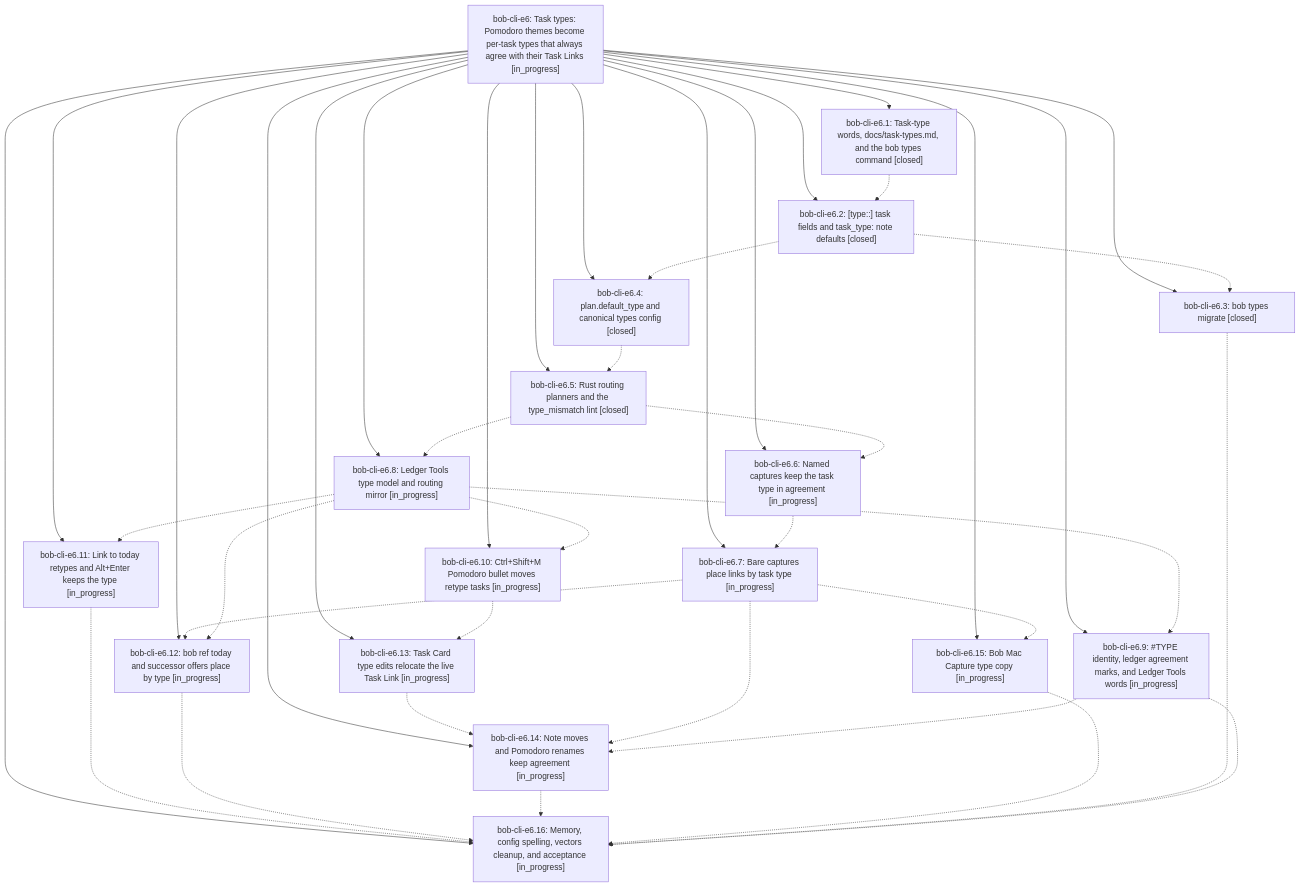
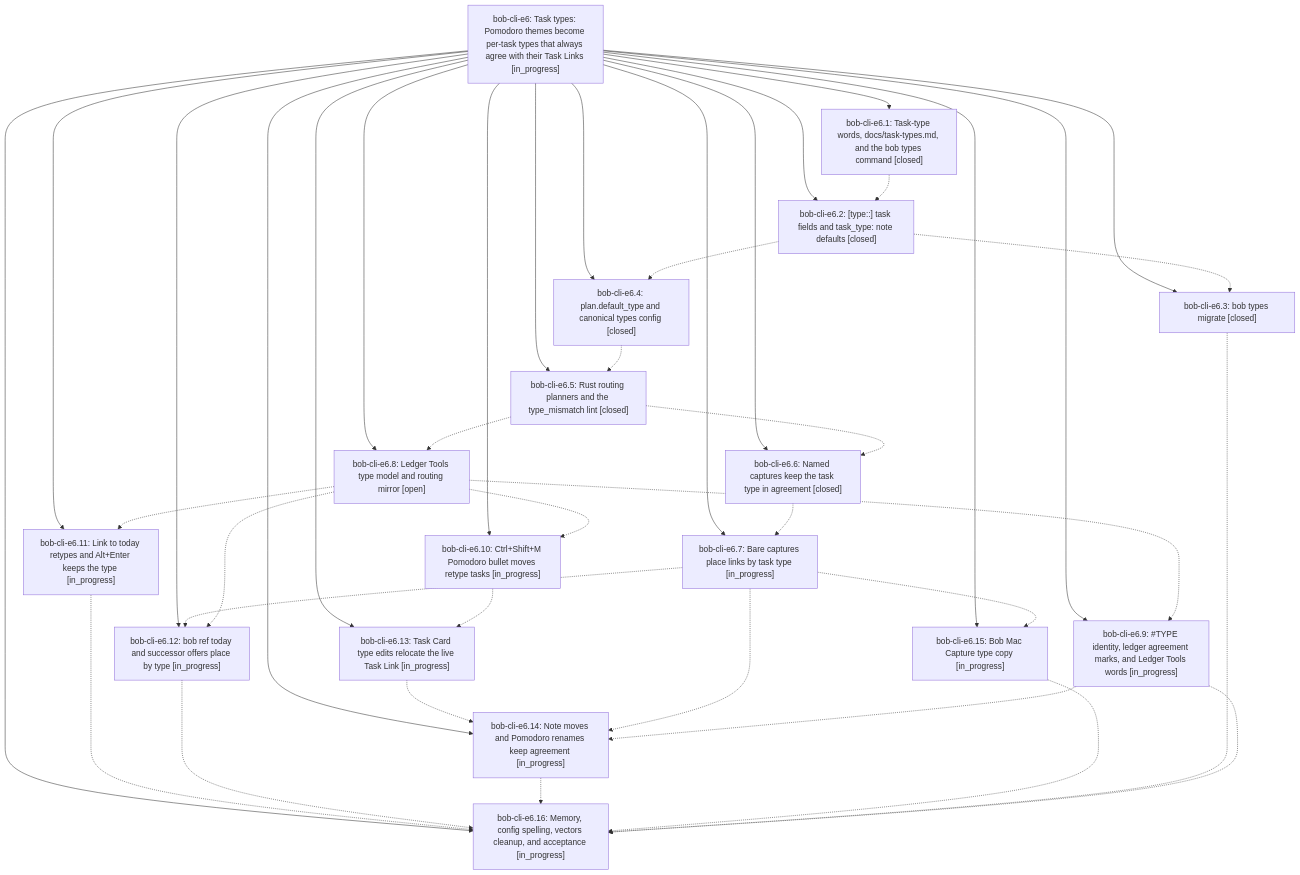
Before and after one commit to bobs-org/bob-cli--beads: the diagram in pages/bob-cli-e6/README.md, drawn with Mermaid. The commit also changed other lines of this file and 8 other files, not shown here.

First line of the commit message:
chore(beads): sync bead state and pages for bob-cli-e6

````diff
--- a/pages/bob-cli-e6/README.md
+++ b/pages/bob-cli-e6/README.md
@@ -55,59 +57,59 @@
 ```mermaid
 flowchart TD
     n0["bob-cli-e6: Task types: Pomodoro themes become per-task types that always agree with their Task Links [in_progress]"]
     n1["bob-cli-e6.1: Task-type words, docs/task-types.md, and the bob types command [closed]"]
     n2["bob-cli-e6.10: Ctrl+Shift+M Pomodoro bullet moves retype tasks [in_progress]"]
     n3["bob-cli-e6.11: Link to today retypes and Alt+Enter keeps the type [in_progress]"]
     n4["bob-cli-e6.12: bob ref today and successor offers place by type [in_progress]"]
     n5["bob-cli-e6.13: Task Card type edits relocate the live Task Link [in_progress]"]
     n6["bob-cli-e6.14: Note moves and Pomodoro renames keep agreement [in_progress]"]
     n7["bob-cli-e6.15: Bob Mac Capture type copy [in_progress]"]
     n8["bob-cli-e6.16: Memory, config spelling, vectors cleanup, and acceptance [in_progress]"]
     n9["bob-cli-e6.2: [type::] task fields and task_type: note defaults [closed]"]
     n10["bob-cli-e6.3: bob types migrate [closed]"]
     n11["bob-cli-e6.4: plan.default_type and canonical types config [closed]"]
     n12["bob-cli-e6.5: Rust routing planners and the type_mismatch lint [closed]"]
-    n13["bob-cli-e6.6: Named captures keep the task type in agreement [in_progress]"]
+    n13["bob-cli-e6.6: Named captures keep the task type in agreement [closed]"]
     n14["bob-cli-e6.7: Bare captures place links by task type [in_progress]"]
-    n15["bob-cli-e6.8: Ledger Tools type model and routing mirror [in_progress]"]
+    n15["bob-cli-e6.8: Ledger Tools type model and routing mirror [open]"]
     n16["bob-cli-e6.9: #TYPE identity, ledger agreement marks, and Ledger Tools words [in_progress]"]
     n0 --> n1
     n0 --> n2
     n0 --> n3
     n0 --> n4
     n0 --> n5
     n0 --> n6
     n0 --> n7
     n0 --> n8
     n0 --> n9
     n0 --> n10
     n0 --> n11
     n0 --> n12
     n0 --> n13
     n0 --> n14
     n0 --> n15
     n0 --> n16
     n1 -.-> n9
     n2 -.-> n5
     n3 -.-> n8
     n4 -.-> n8
     n5 -.-> n6
     n6 -.-> n8
     n7 -.-> n8
     n9 -.-> n10
     n9 -.-> n11
     n10 -.-> n8
     n11 -.-> n12
     n12 -.-> n13
     n12 -.-> n15
     n13 -.-> n14
     n14 -.-> n4
     n14 -.-> n6
     n14 -.-> n7
     n15 -.-> n2
     n15 -.-> n3
     n15 -.-> n4
     n15 -.-> n16
     n16 -.-> n6
     n16 -.-> n8
 ```
````
